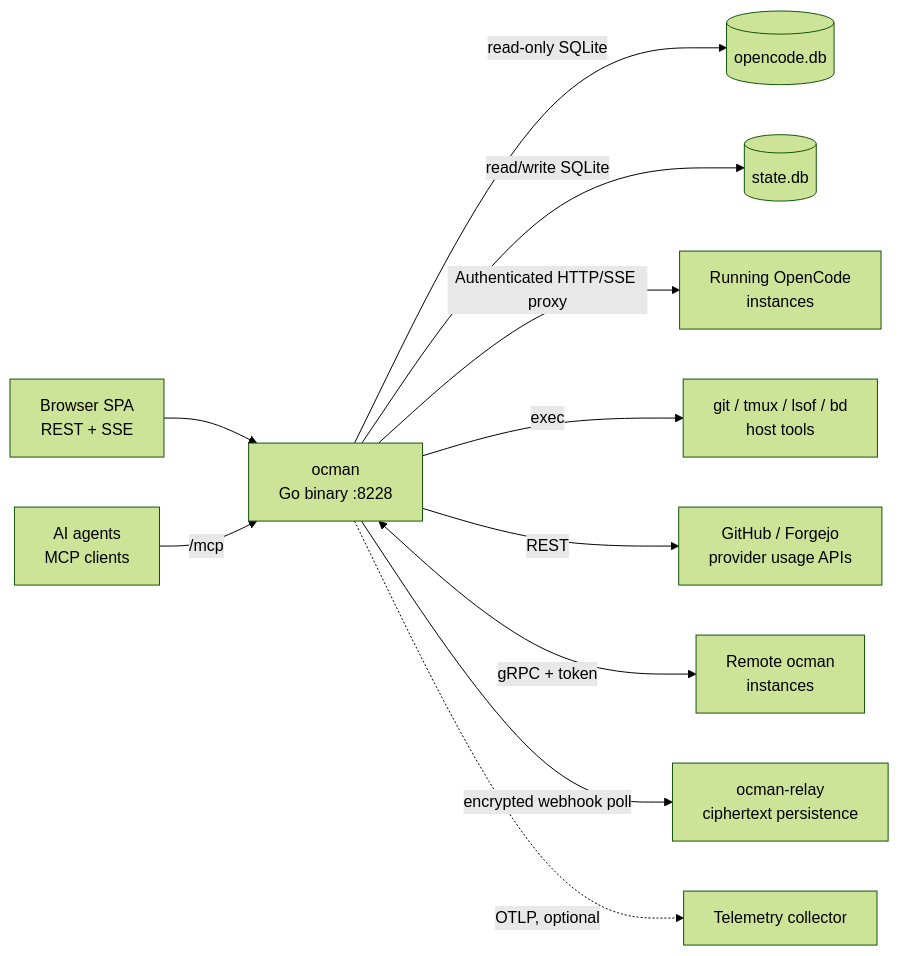
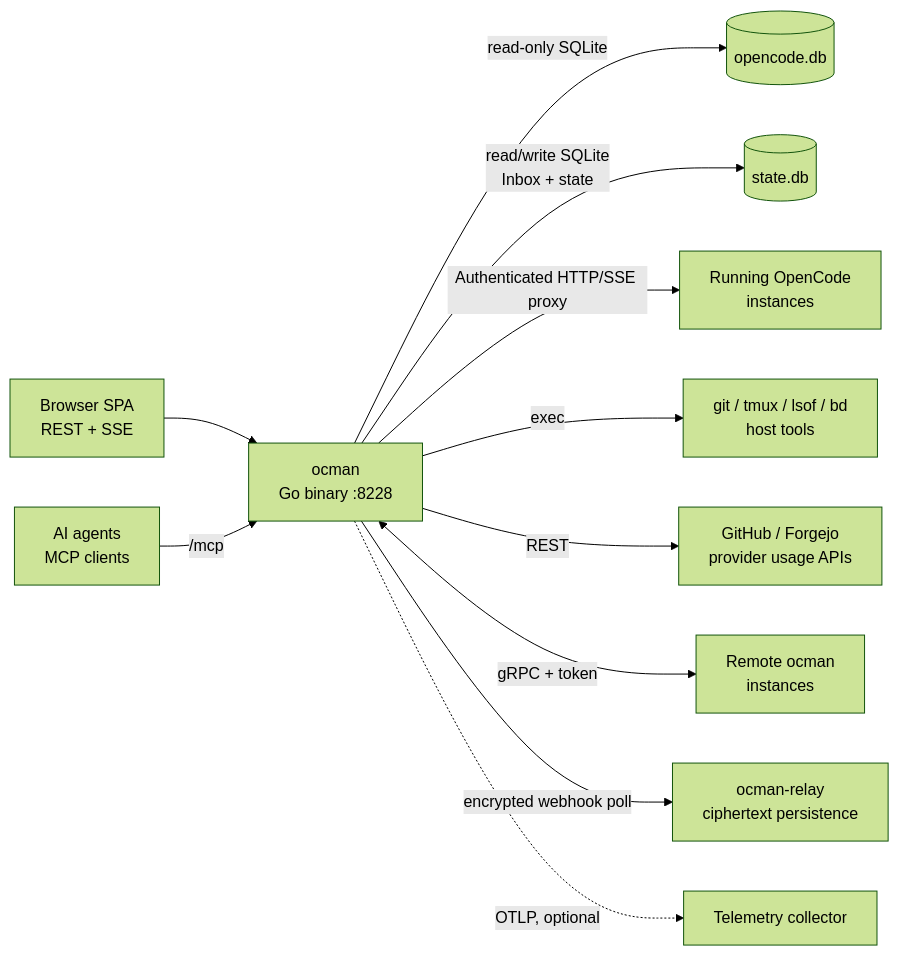
One commit to ocman/ocman changed the second of 5 diagrams in docs/other/architecture.md. Above: the diagram before and after it, drawn with Mermaid (forest theme). The commit also changed other lines of this file and 4 other files, not shown here.

````diff
--- a/docs/other/architecture.md
+++ b/docs/other/architecture.md
@@ -45,13 +45,13 @@
 ```mermaid
 flowchart LR
     Browser[Browser SPA<br/>REST + SSE] --> Ocman[ocman<br/>Go binary :8228]
     Agent[AI agents<br/>MCP clients] -->|/mcp| Ocman
     Ocman -->|read-only SQLite| OCDB[(opencode.db)]
-    Ocman -->|read/write SQLite| StateDB[(state.db)]
+    Ocman -->|read/write SQLite<br/>Inbox + state| StateDB[(state.db)]
     Ocman -->|Authenticated HTTP/SSE proxy| OCInst[Running OpenCode<br/>instances]
     Ocman -->|exec| Shell[git / tmux / lsof / bd<br/>host tools]
     Ocman -->|REST| APIs[GitHub / Forgejo<br/>provider usage APIs]
     Ocman <-->|gRPC + token| Remotes[Remote ocman<br/>instances]
     Ocman -->|encrypted webhook poll| Relay[ocman-relay<br/>ciphertext persistence]
     Ocman -.->|OTLP, optional| Otel[Telemetry collector]
 ```
````
